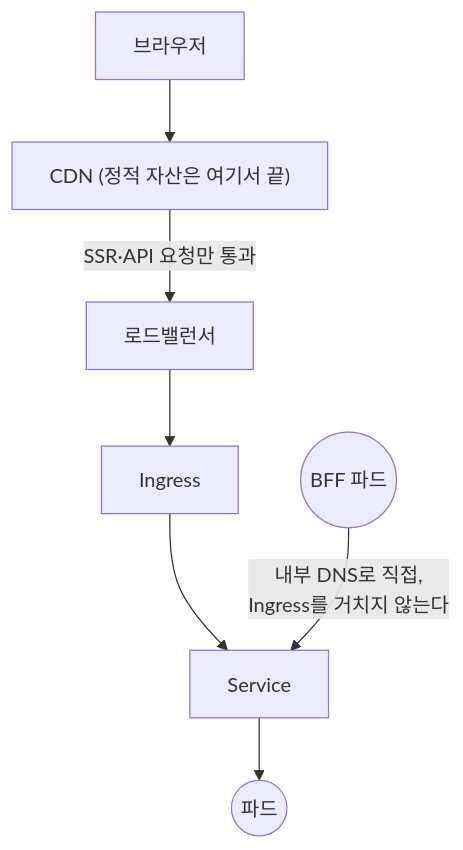
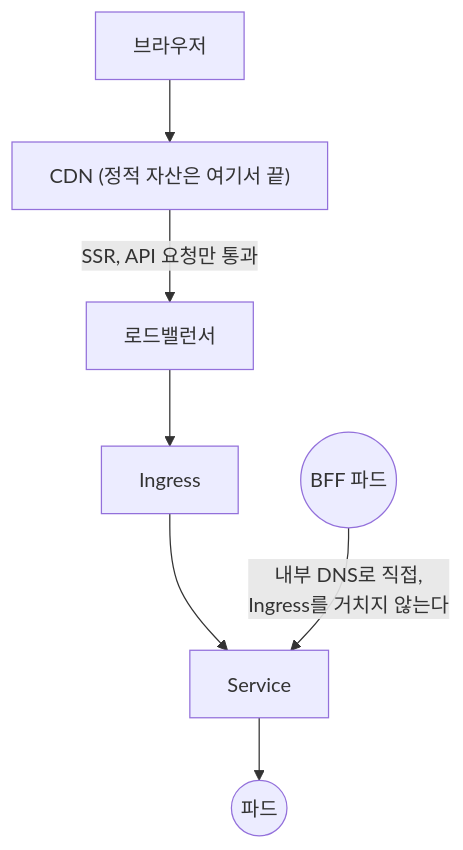
Before and after one commit to yceffort/blog: the third of 3 diagrams in apps/blog/posts/2026/08/k8s-for-frontend-1.md, drawn with Mermaid. The commit also changed other lines of this file and 1 other file, not shown here.

````diff
--- a/apps/blog/posts/2026/08/k8s-for-frontend-1.md
+++ b/apps/blog/posts/2026/08/k8s-for-frontend-1.md
@@ -213,6 +213,6 @@
 ```mermaid
 flowchart TB
     B["브라우저"] --> CDN["CDN (정적 자산은 여기서 끝)"]
-    CDN -- "SSR·API 요청만 통과" --> LB["로드밸런서"] --> ING["Ingress"] --> SVC["Service"] --> POD(("파드"))
+    CDN -- "SSR, API 요청만 통과" --> LB["로드밸런서"] --> ING["Ingress"] --> SVC["Service"] --> POD(("파드"))
     BFF(("BFF 파드")) -- "내부 DNS로 직접,<br/>Ingress를 거치지 않는다" --> SVC
 ```
````
